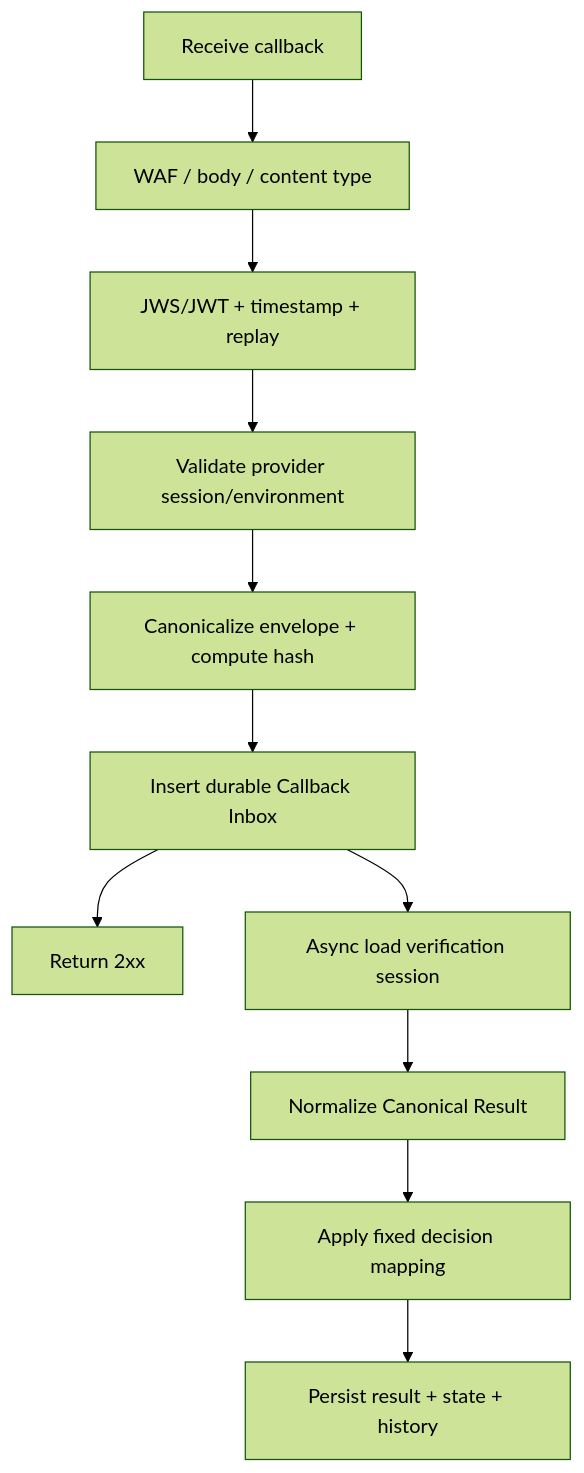
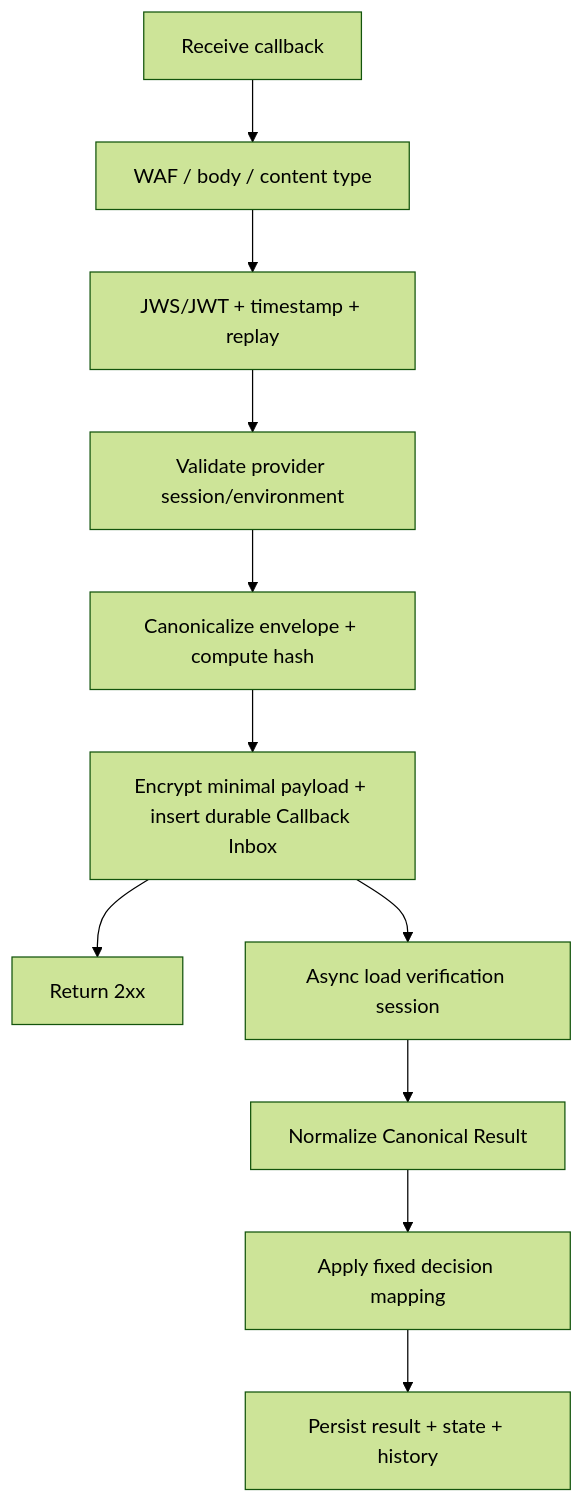
The fifth of 8 diagrams in tdd2.md (huynv-xyz/vhm), drawn with Mermaid (forest theme) before and after one commit. The commit also changed other lines of this file, not shown here.

````diff
--- a/tdd2.md
+++ b/tdd2.md
@@ -537,13 +637,13 @@
 ```mermaid
 flowchart TD
     RECEIVE["Receive callback"] --> WAF["WAF / body / content type"]
     WAF --> AUTH["JWS/JWT + timestamp + replay"]
     AUTH --> BIND["Validate provider session/environment"]
     BIND --> HASH["Canonicalize envelope + compute hash"]
-    HASH --> INBOX["Insert durable Callback Inbox"]
+    HASH --> INBOX["Encrypt minimal payload + insert durable Callback Inbox"]
     INBOX --> ACK["Return 2xx"]
     INBOX --> LOAD["Async load verification session"]
     LOAD --> NORMALIZE["Normalize Canonical Result"]
     NORMALIZE --> DECIDE["Apply fixed decision mapping"]
     DECIDE --> PERSIST["Persist result + state + history"]
 ```
````
